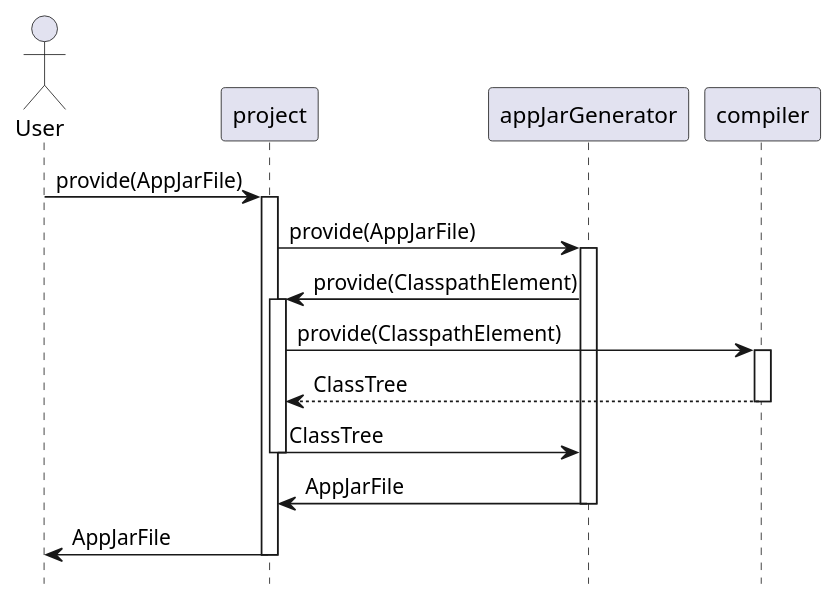
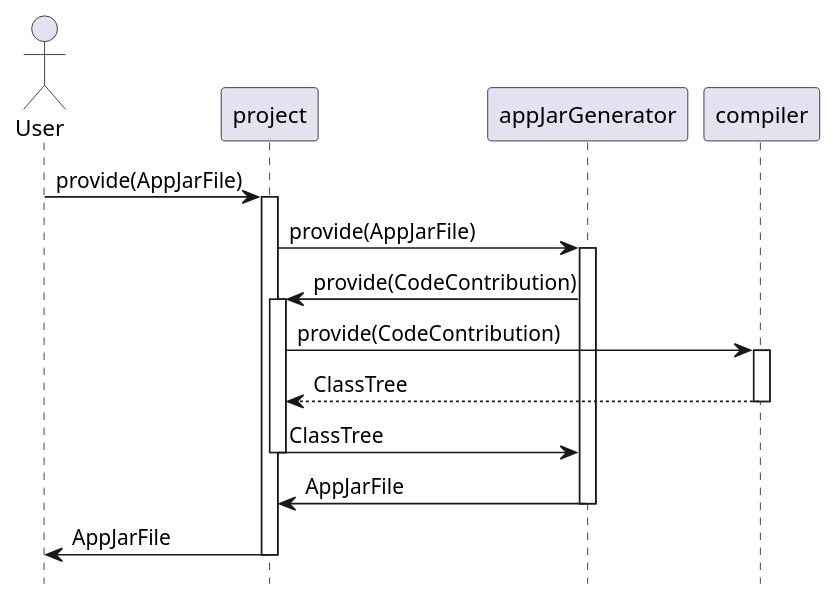
Before and after one commit to mnlipp/JDrupes-Builder: the fourth of 5 diagrams in overview.md, drawn with PlantUML. The commit also changed other lines of this file and 62 other files, not shown here.

```diff
--- a/overview.md
+++ b/overview.md
@@ -43,22 +43,22 @@
 @startuml build-appjar-project.svg
 scale 1.075
 hide footbox
 
 actor User as user
 user -> project : provide(AppJarFile)
 activate project
 project -> appJarGenerator : provide(AppJarFile)
 activate appJarGenerator
-appJarGenerator -> project : provide(ClasspathElement)
+appJarGenerator -> project : provide(CodeContribution)
 activate project
-project -> compiler : provide(ClasspathElement)
+project -> compiler : provide(CodeContribution)
 activate compiler
 compiler --> project: ClassTree
 deactivate compiler
 project -> appJarGenerator : ClassTree
 deactivate project
 appJarGenerator -> project : AppJarFile
 deactivate appJarGenerator
 project -> user : AppJarFile
 deactivate project
 @enduml
```
